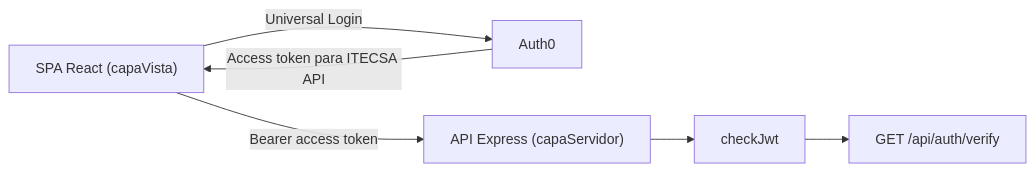
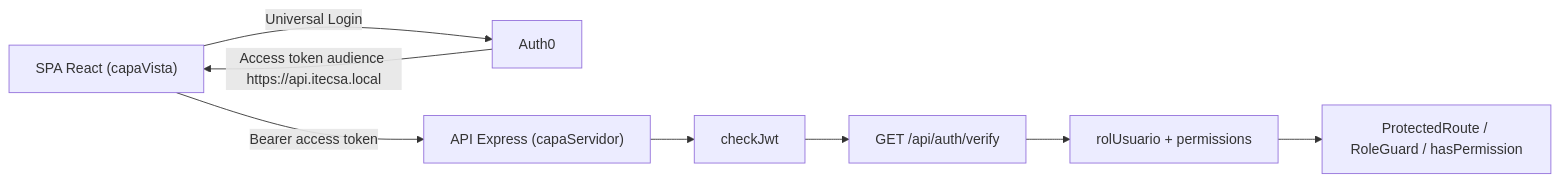
One commit to Grupo10ingsoftware/itecsa-app changed the first of 2 diagrams in docs/ARQUITECTURA.md. Above: the diagram before and after it, drawn with Mermaid. The commit also changed other lines of this file and 4 other files, not shown here.

````diff
--- a/docs/ARQUITECTURA.md
+++ b/docs/ARQUITECTURA.md
@@ -7,8 +7,10 @@
 ```mermaid
 flowchart LR
     SPA["SPA React (capaVista)"] -->|"Universal Login"| AUTH0["Auth0"]
-    AUTH0 -->|"Access token para ITECSA API"| SPA
+    AUTH0 -->|"Access token audience https://api.itecsa.local"| SPA
     SPA -->|"Bearer access token"| API["API Express (capaServidor)"]
     API --> JWT["checkJwt"]
     JWT --> VERIFY["GET /api/auth/verify"]
+    VERIFY --> SPA_PERMS["rolUsuario + permissions"]
+    SPA_PERMS --> GUARDS["ProtectedRoute / RoleGuard / hasPermission"]
 ```
````
